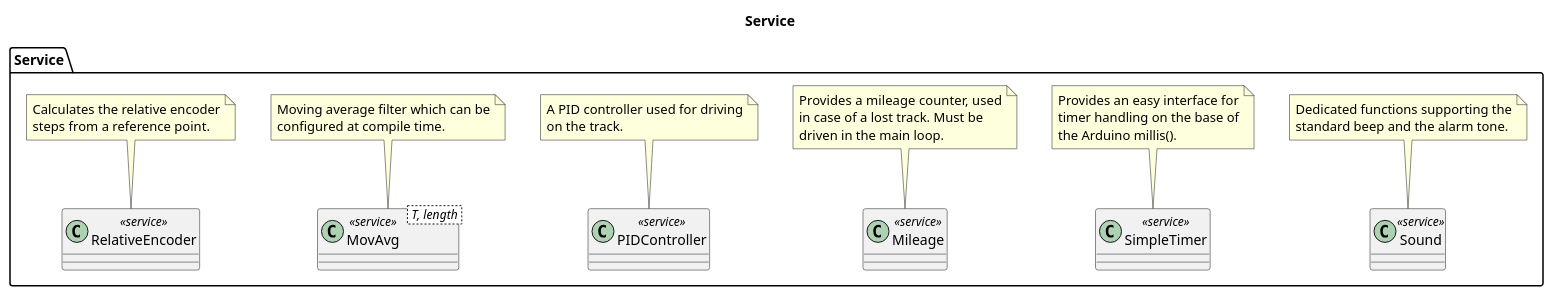
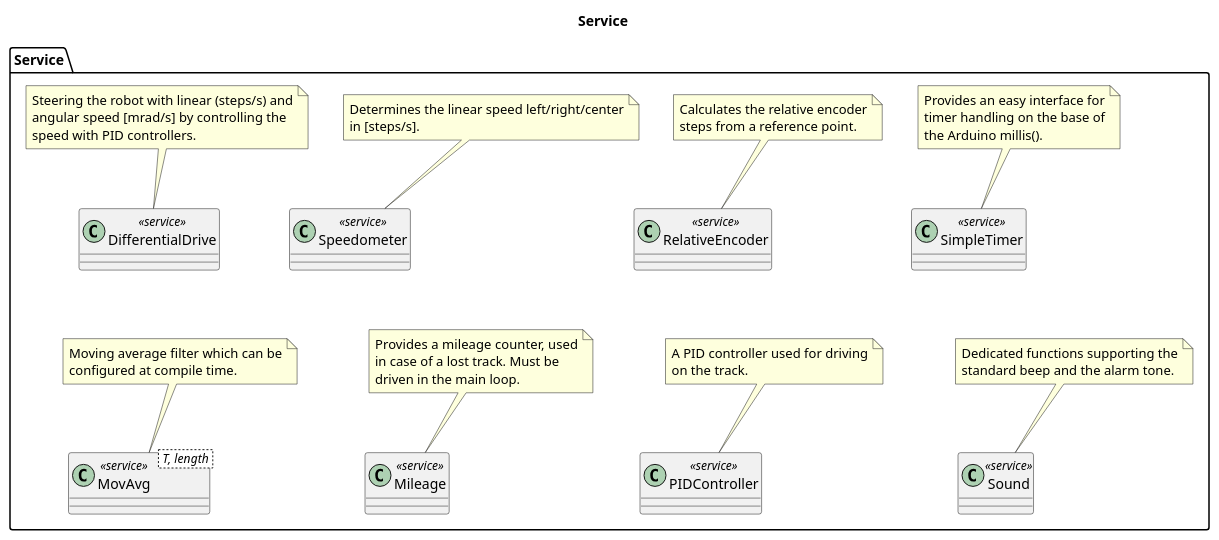
The diagram in doc/architecture/uml/LogicalView/Service.plantuml (BlueAndi/RadonUlzer), drawn with PlantUML before and after one commit. The commit also changed 13 other files, not shown here.

Commit message:
In the MotorSpeedCalibrationState the max. motor speed is determined in [steps/s]. This is necessary for the differential drive, which uses two PID controllers to control driving. The differential drive control system can be commanded by linear speed in [steps/s] and angular speed in [mrad/s].

```diff
--- a/doc/architecture/uml/LogicalView/Service.plantuml
+++ b/doc/architecture/uml/LogicalView/Service.plantuml
@@ -1,52 +1,72 @@
 @startuml
 
 title Service
 
 package "Service" as serviceLayer {
 
     class Sound <<service>>
 
     note top of Sound
         Dedicated functions supporting the
         standard beep and the alarm tone.
     end note
 
     class SimpleTimer <<service>>
 
     note top of SimpleTimer
         Provides an easy interface for
         timer handling on the base of
         the Arduino millis().
     end note
 
     class Mileage <<service>>
 
     note top of Mileage
         Provides a mileage counter, used
         in case of a lost track. Must be
         driven in the main loop.
     end note
 
     class PIDController <<service>>
 
     note top of PIDController
         A PID controller used for driving
         on the track.
     end note
 
     class MovAvg < T, length > <<service>>
 
     note top of MovAvg
         Moving average filter which can be
         configured at compile time.
     end note
 
     class RelativeEncoder <<service>>
 
     note top of RelativeEncoder
         Calculates the relative encoder
         steps from a reference point.
     end note
+
+    class Speedometer <<service>>
+
+    note top of Speedometer
+        Determines the linear speed left/right/center
+        in [steps/s].
+    end note
+
+    class DifferentialDrive <<service>>
+
+    note top of DifferentialDrive
+        Steering the robot with linear (steps/s) and
+        angular speed [mrad/s] by controlling the
+        speed with PID controllers.
+    end note
+
+    DifferentialDrive -[hidden]-- MovAvg
+    Speedometer -[hidden]-- Mileage
+    RelativeEncoder -[hidden]-- PIDController
+    SimpleTimer -[hidden]-- Sound
 }
 
 @enduml
```
